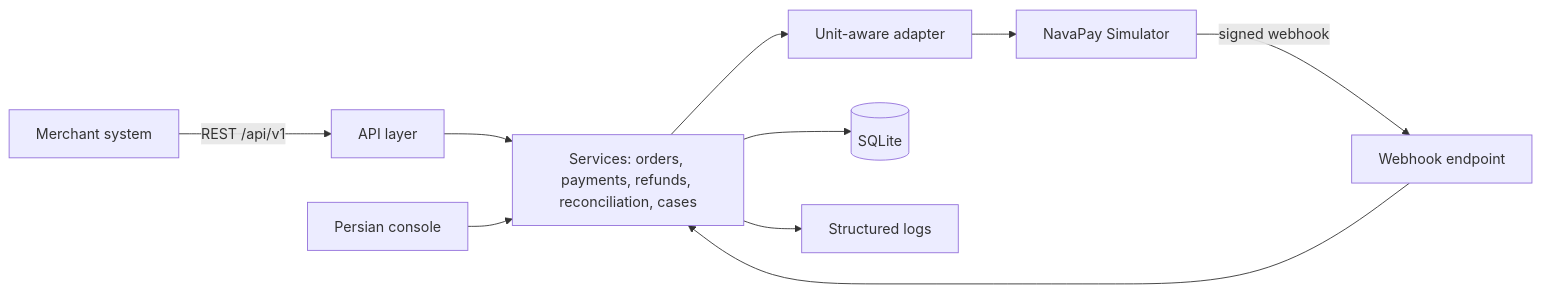
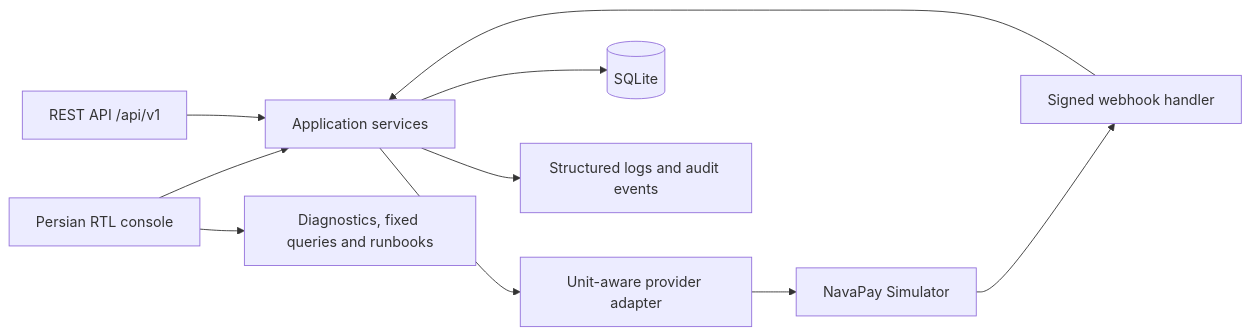
One commit to Cyberi/Payment-Integration-Support-Workbench changed the diagram in README.md. Above: the diagram before and after it, drawn with Mermaid. The commit also changed other lines of this file, not shown here.

````diff
--- a/README.md
+++ b/README.md
@@ -33,12 +46,12 @@
 ```mermaid
 flowchart LR
-    M[Merchant system] -->|REST /api/v1| API[API layer]
-    S[NavaPay Simulator] -->|signed webhook| WH[Webhook endpoint]
-    API --> SVC[Services: orders, payments, refunds, reconciliation, cases]
-    WH --> SVC
-    SVC --> AD[Unit-aware adapter]
-    AD --> S
-    SVC --> DB[(SQLite)]
-    SVC --> LOG[Structured logs]
-    UI[Persian console] --> SVC
+    UI[Persian RTL console] --> S[Application services]
+    API[REST API /api/v1] --> S
+    S --> A[Unit-aware provider adapter]
+    A --> P[NavaPay Simulator]
+    P --> W[Signed webhook handler]
+    W --> S
+    S --> DB[(SQLite)]
+    S --> L[Structured logs and audit events]
+    UI --> D[Diagnostics, fixed queries and runbooks]
 ```
````
